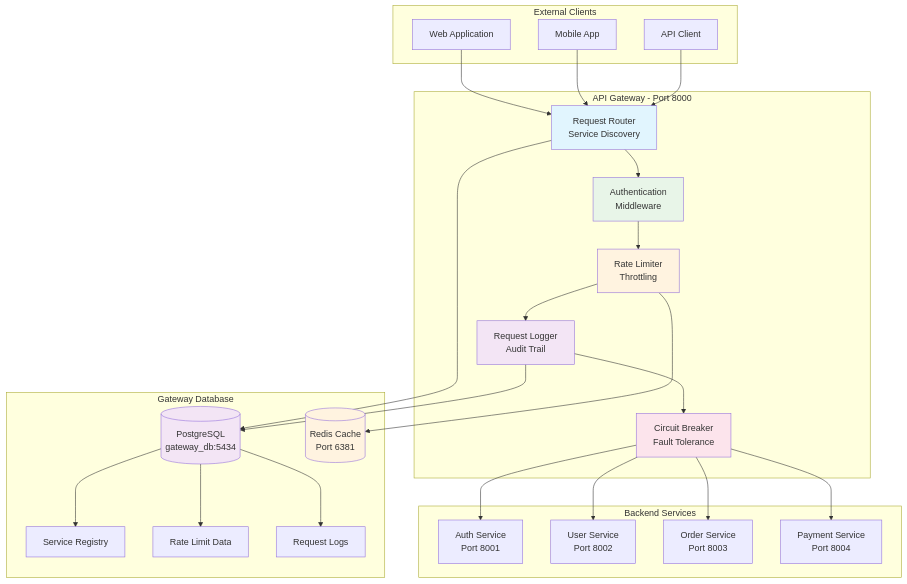
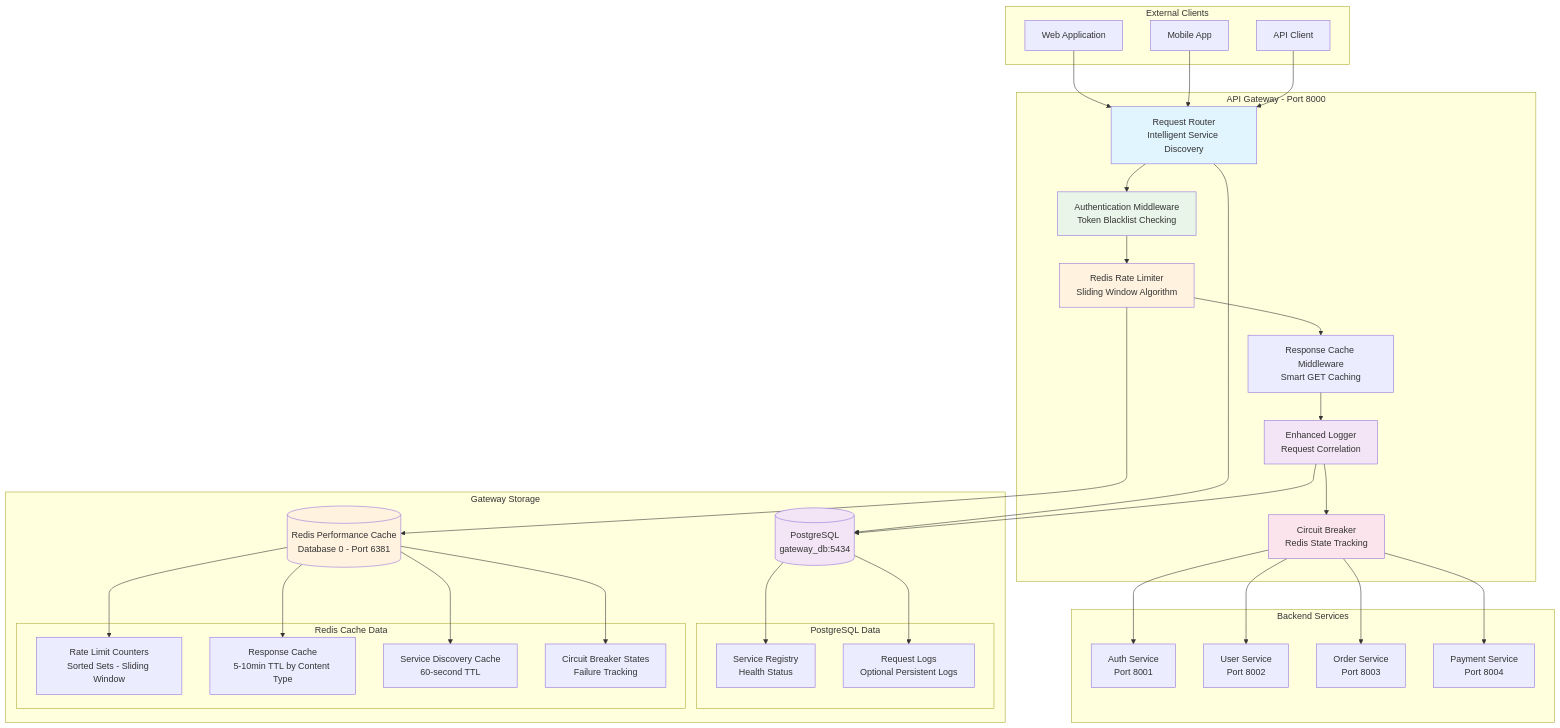
Before and after one commit to sudhan-m/munshi: the first of 16 diagrams in src/api-gateway/README.md, drawn with Mermaid. The commit also changed other lines of this file and 12 other files, not shown here.

````diff
--- a/src/api-gateway/README.md
+++ b/src/api-gateway/README.md
@@ -46,62 +49,75 @@
 ```mermaid
 graph TB
     subgraph "External Clients"
         WEB[Web Application]
         MOBILE[Mobile App]
         API_CLIENT[API Client]
     end
     
     subgraph "API Gateway - Port 8000"
-        ROUTER[Request Router<br/>Service Discovery]
-        AUTH_MW[Authentication<br/>Middleware]
-        RATE_LIMITER[Rate Limiter<br/>Throttling]
-        LOGGER[Request Logger<br/>Audit Trail]
-        CIRCUIT[Circuit Breaker<br/>Fault Tolerance]
+        ROUTER[Request Router<br/>Intelligent Service Discovery]
+        AUTH_MW[Authentication Middleware<br/>Token Blacklist Checking]
+        RATE_LIMITER[Redis Rate Limiter<br/>Sliding Window Algorithm]
+        CACHE_MW[Response Cache Middleware<br/>Smart GET Caching]
+        LOGGER[Enhanced Logger<br/>Request Correlation]
+        CIRCUIT[Circuit Breaker<br/>Redis State Tracking]
         
         ROUTER --> AUTH_MW
         AUTH_MW --> RATE_LIMITER
-        RATE_LIMITER --> LOGGER
+        RATE_LIMITER --> CACHE_MW
+        CACHE_MW --> LOGGER
         LOGGER --> CIRCUIT
     end
     
-    subgraph "Gateway Database"
+    subgraph "Gateway Storage"
         GW_DB[(PostgreSQL<br/>gateway_db:5434)]
-        GW_REDIS[(Redis Cache<br/>Port 6381)]
+        GW_REDIS[(Redis Performance Cache<br/>Database 0 - Port 6381)]
         
-        REGISTRY[Service Registry]
-        RATE_DATA[Rate Limit Data]
-        REQUEST_LOGS[Request Logs]
+        subgraph "PostgreSQL Data"
+            REGISTRY[Service Registry<br/>Health Status]
+            REQUEST_LOGS[Request Logs<br/>Optional Persistent Logs]
+        end
+        
+        subgraph "Redis Cache Data"
+            RATE_COUNTERS[Rate Limit Counters<br/>Sorted Sets - Sliding Window]
+            RESPONSE_CACHE[Response Cache<br/>5-10min TTL by Content Type]
+            SERVICE_CACHE[Service Discovery Cache<br/>60-second TTL]
+            CIRCUIT_STATE[Circuit Breaker States<br/>Failure Tracking]
+        end
         
         GW_DB --> REGISTRY
-        GW_DB --> RATE_DATA
         GW_DB --> REQUEST_LOGS
+        GW_REDIS --> RATE_COUNTERS
+        GW_REDIS --> RESPONSE_CACHE
+        GW_REDIS --> SERVICE_CACHE
+        GW_REDIS --> CIRCUIT_STATE
     end
     
     subgraph "Backend Services"
         AUTH_SVC[Auth Service<br/>Port 8001]
         USER_SVC[User Service<br/>Port 8002]
         ORDER_SVC[Order Service<br/>Port 8003]
         PAYMENT_SVC[Payment Service<br/>Port 8004]
     end
     
     WEB --> ROUTER
     MOBILE --> ROUTER
     API_CLIENT --> ROUTER
     
     ROUTER --> GW_DB
     RATE_LIMITER --> GW_REDIS
     LOGGER --> GW_DB
     
     CIRCUIT --> AUTH_SVC
     CIRCUIT --> USER_SVC
     CIRCUIT --> ORDER_SVC
     CIRCUIT --> PAYMENT_SVC
     
     style ROUTER fill:#e1f5fe
     style AUTH_MW fill:#e8f5e8
     style RATE_LIMITER fill:#fff3e0
     style LOGGER fill:#f3e5f5
     style CIRCUIT fill:#fce4ec
     style GW_DB fill:#f3e5f5
     style GW_REDIS fill:#fff3e0
 ```
````
